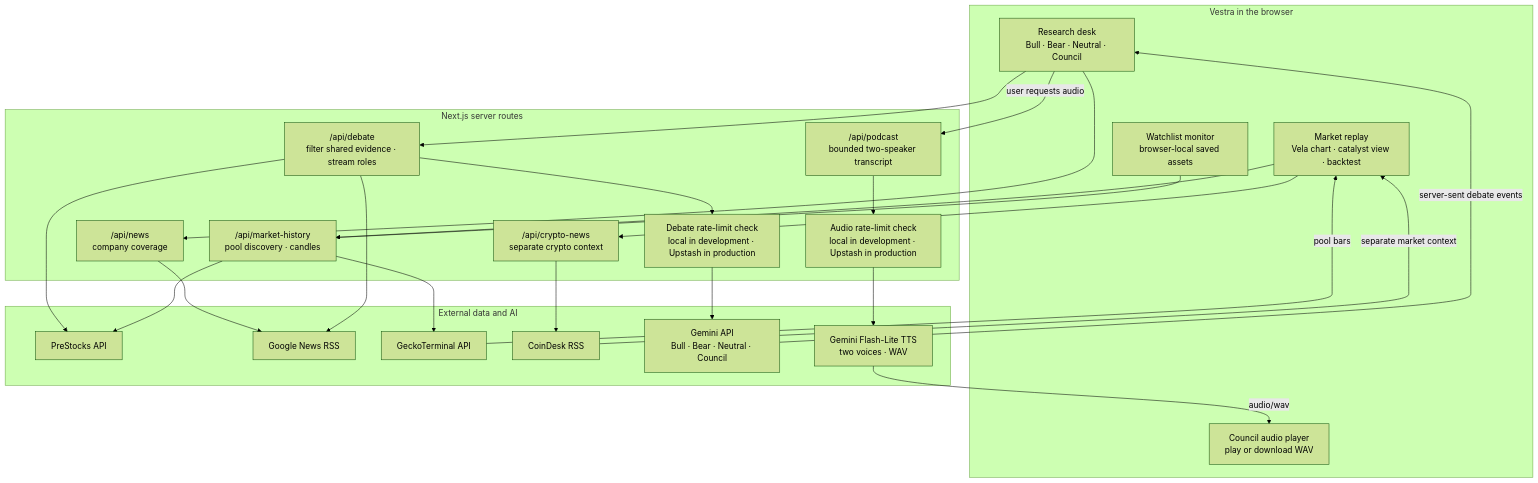
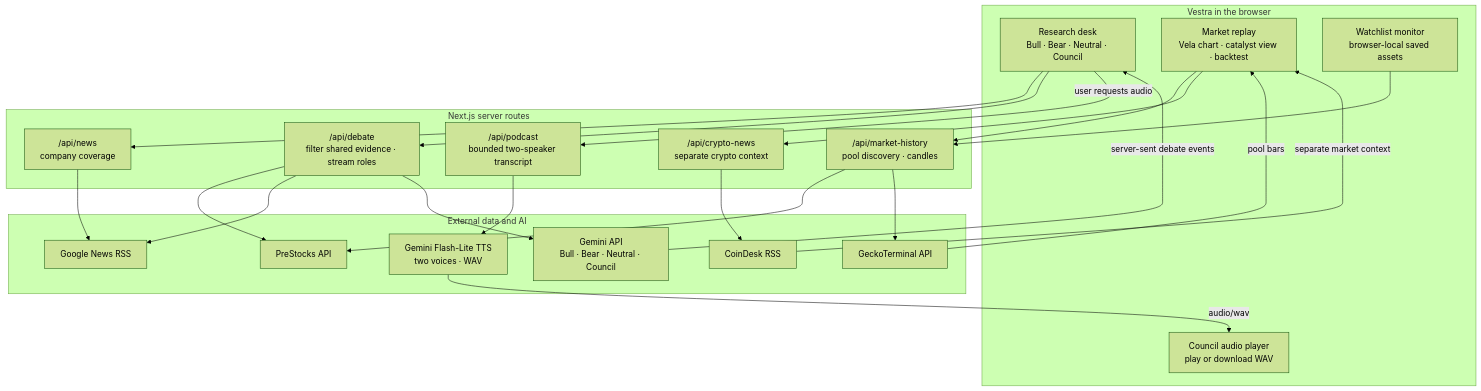
Before and after one commit to Shawnchee/Vestra: the diagram in README.md, drawn with Mermaid (forest theme). The commit also changed other lines of this file and 9 other files, not shown here.

````diff
--- a/README.md
+++ b/README.md
@@ -18,49 +18,45 @@
 ```mermaid
 flowchart TB
   subgraph Browser["Vestra in the browser"]
     Research["Research desk<br/>Bull · Bear · Neutral · Council"]
     Replay["Market replay<br/>Vela chart · catalyst view · backtest"]
     Watchlist["Watchlist monitor<br/>browser-local saved assets"]
     Audio["Council audio player<br/>play or download WAV"]
   end
 
   subgraph Server["Next.js server routes"]
     NewsAPI["/api/news<br/>company coverage"]
     DebateAPI["/api/debate<br/>filter shared evidence · stream roles"]
     HistoryAPI["/api/market-history<br/>pool discovery · candles"]
     CryptoAPI["/api/crypto-news<br/>separate crypto context"]
     PodcastAPI["/api/podcast<br/>bounded two-speaker transcript"]
-    DebateGuard["Debate rate-limit check<br/>local in development · Upstash in production"]
-    AudioGuard["Audio rate-limit check<br/>local in development · Upstash in production"]
   end
 
   subgraph Sources["External data and AI"]
     PreStocks["PreStocks API"]
     GoogleNews["Google News RSS"]
     Gecko["GeckoTerminal API"]
     CoinDesk["CoinDesk RSS"]
     Gemini["Gemini API<br/>Bull · Bear · Neutral · Council"]
     GeminiTTS["Gemini Flash-Lite TTS<br/>two voices · WAV"]
   end
 
   Research --> NewsAPI
   Research --> DebateAPI
   Replay --> HistoryAPI
   Replay --> CryptoAPI
   Watchlist --> HistoryAPI
   NewsAPI --> GoogleNews
   DebateAPI --> PreStocks
   DebateAPI --> GoogleNews
-  DebateAPI --> DebateGuard
-  DebateGuard --> Gemini
+  DebateAPI --> Gemini
   HistoryAPI --> PreStocks
   Gemini -->|server-sent debate events| Research
   HistoryAPI --> Gecko
   Gecko -->|pool bars| Replay
   CryptoAPI --> CoinDesk
   CoinDesk -->|separate market context| Replay
   Research -->|user requests audio| PodcastAPI
-  PodcastAPI --> AudioGuard
-  AudioGuard --> GeminiTTS
+  PodcastAPI --> GeminiTTS
   GeminiTTS -->|audio/wav| Audio
 ```
````
